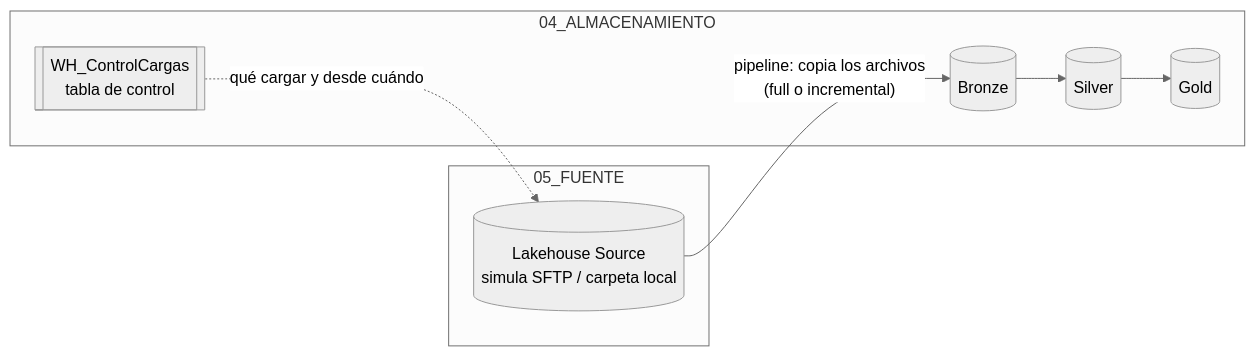
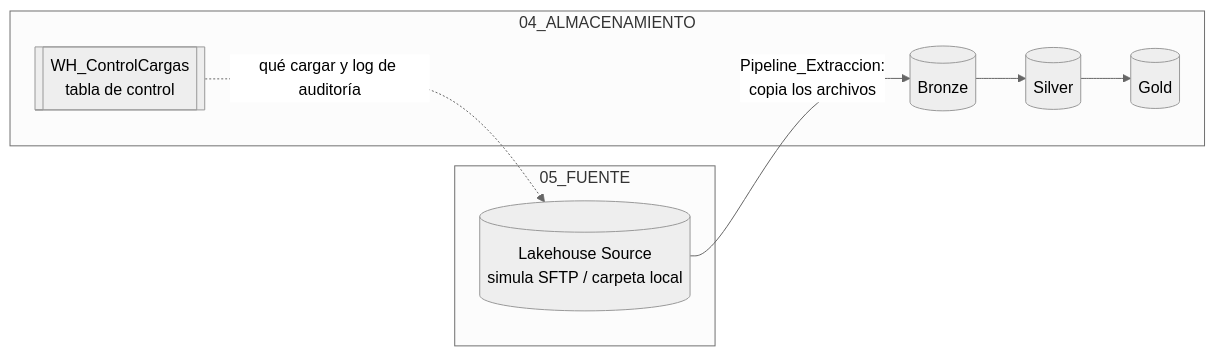
One commit to sebastian-rivera-DK/CapacitacionSierracol changed the diagram in README.md. Above: the diagram before and after it, drawn with Mermaid (neutral theme). The commit also changed other lines of this file and 14 other files, not shown here.

Commit message:
Parte 2: extracción con pipeline, log de auditoría y fuentes con carga completa

````diff
--- a/README.md
+++ b/README.md
@@ -7,12 +7,12 @@
 ```mermaid
 flowchart LR
     subgraph F["05_FUENTE"]
         S[("Lakehouse Source<br/>simula SFTP / carpeta local")]
     end
     subgraph A["04_ALMACENAMIENTO"]
         B[("Bronze")] --> SV[("Silver")] --> G[("Gold")]
         WH[["WH_ControlCargas<br/>tabla de control"]]
     end
-    S -- "pipeline: copia los archivos<br/>(full o incremental)" --> B
-    WH -. "qué cargar y desde cuándo" .-> S
+    S -- "Pipeline_Extraccion:<br/>copia los archivos" --> B
+    WH -. "qué cargar y log de auditoría" .-> S
 ```
````
